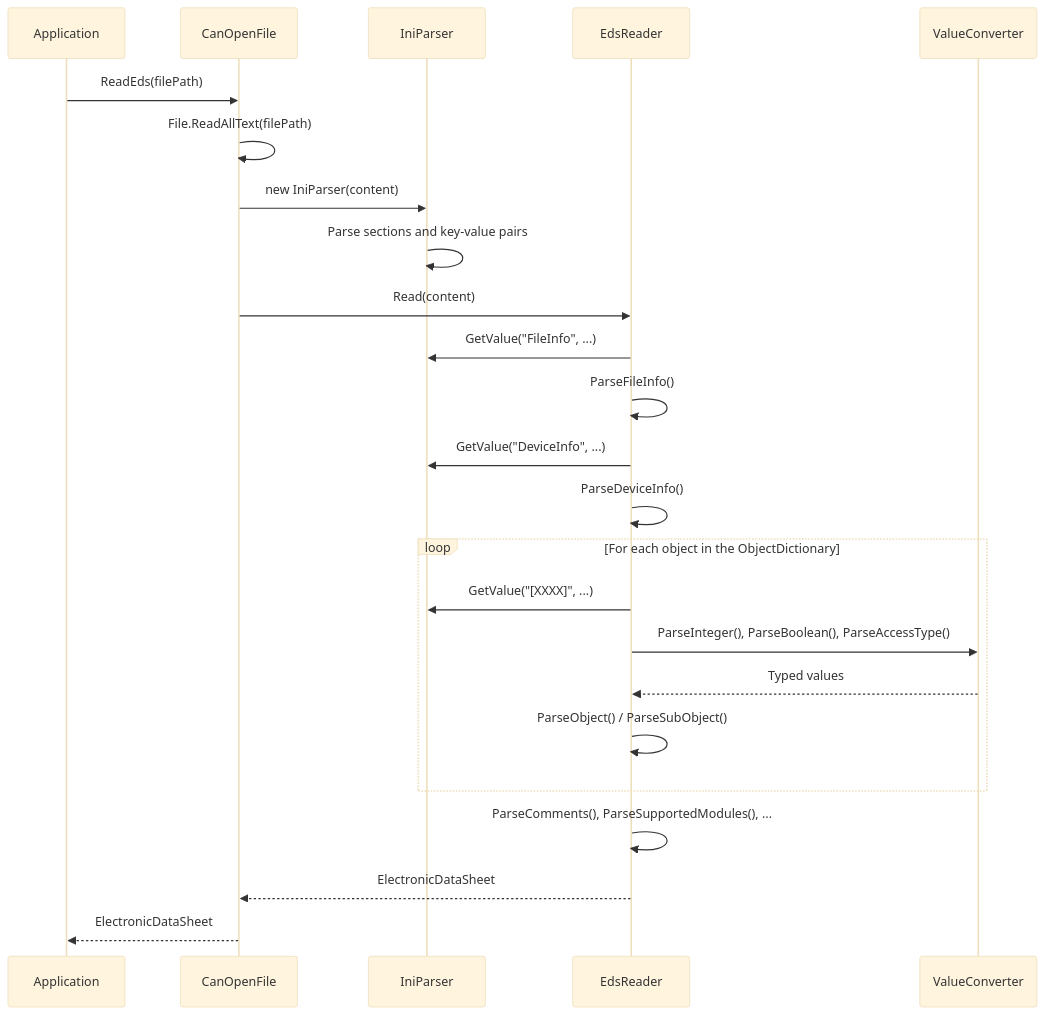
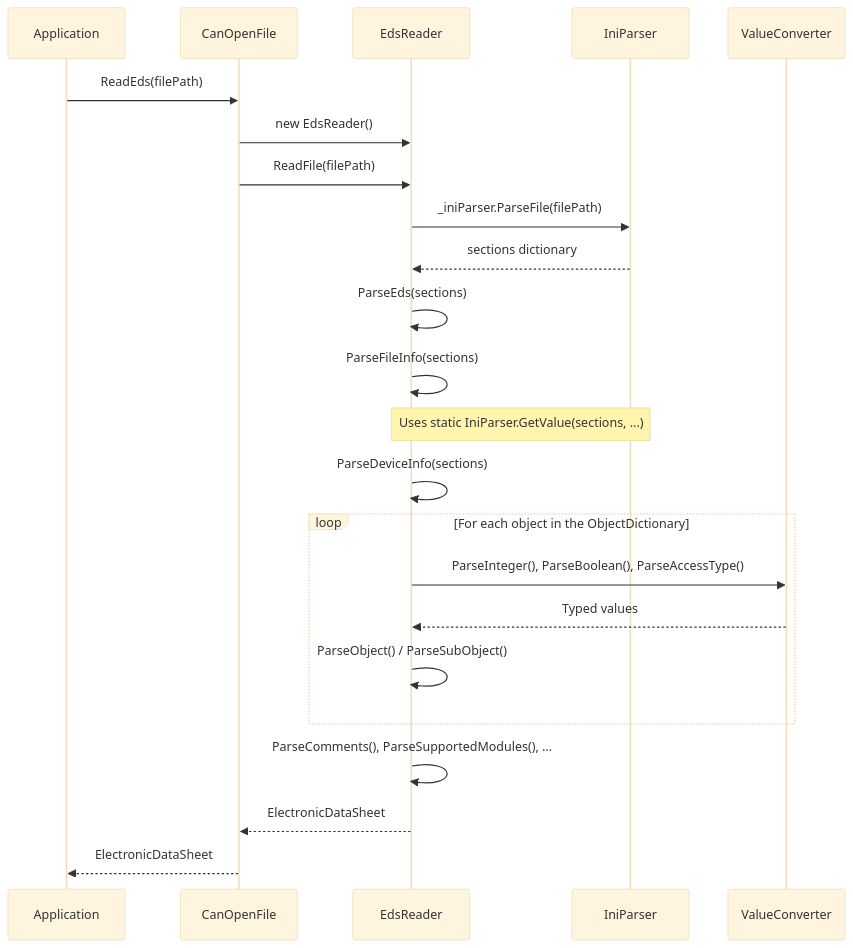
One commit to dborgards/eds-dcf-net changed the first of 5 diagrams in docs/architecture/06-runtime-view.md. Above: the diagram before and after it, drawn with Mermaid (base theme). The commit also changed other lines of this file and 3 other files, not shown here.

First line of the commit message:
docs: fix inaccuracies in architecture documentation

````diff
--- a/docs/architecture/06-runtime-view.md
+++ b/docs/architecture/06-runtime-view.md
@@ -7,29 +7,28 @@
 ```mermaid
 sequenceDiagram
     participant App as Application
     participant CF as CanOpenFile
+    participant ER as EdsReader
     participant IP as IniParser
-    participant ER as EdsReader
     participant VC as ValueConverter
 
     App->>CF: ReadEds(filePath)
-    CF->>CF: File.ReadAllText(filePath)
-    CF->>IP: new IniParser(content)
-    IP->>IP: Parse sections and key-value pairs
-    CF->>ER: Read(content)
-    ER->>IP: GetValue("FileInfo", ...)
-    ER->>ER: ParseFileInfo()
-    ER->>IP: GetValue("DeviceInfo", ...)
-    ER->>ER: ParseDeviceInfo()
+    CF->>ER: new EdsReader()
+    CF->>ER: ReadFile(filePath)
+    ER->>IP: _iniParser.ParseFile(filePath)
+    IP-->>ER: sections dictionary
+    ER->>ER: ParseEds(sections)
+    ER->>ER: ParseFileInfo(sections)
+    Note over ER,IP: Uses static IniParser.GetValue(sections, ...)
+    ER->>ER: ParseDeviceInfo(sections)
 
     loop For each object in the ObjectDictionary
-        ER->>IP: GetValue("[XXXX]", ...)
         ER->>VC: ParseInteger(), ParseBoolean(), ParseAccessType()
         VC-->>ER: Typed values
         ER->>ER: ParseObject() / ParseSubObject()
     end
 
     ER->>ER: ParseComments(), ParseSupportedModules(), ...
     ER-->>CF: ElectronicDataSheet
     CF-->>App: ElectronicDataSheet
 ```
````
